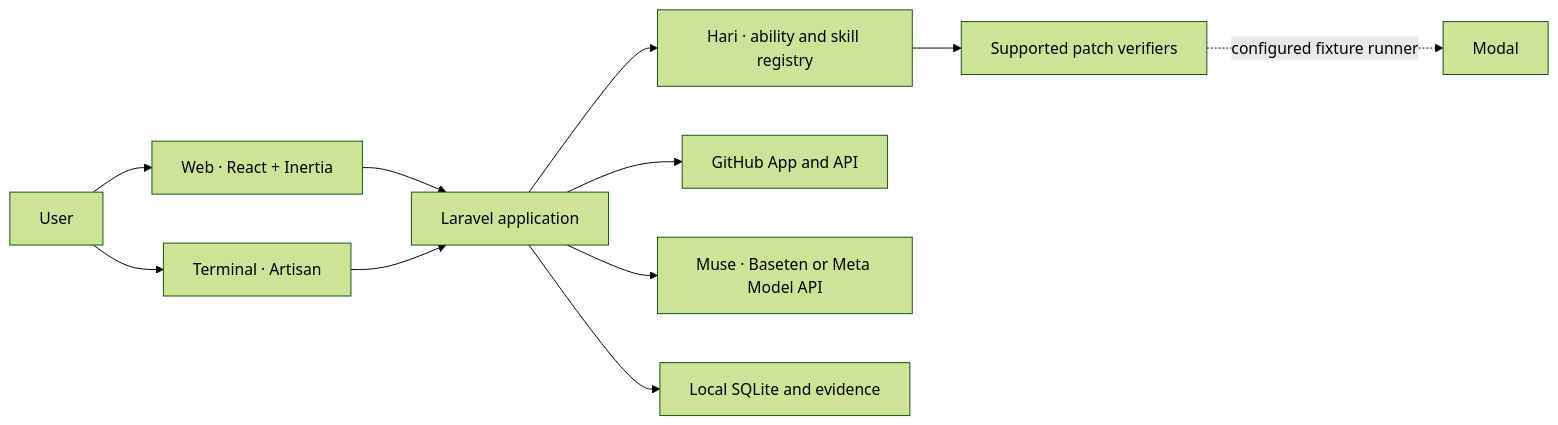
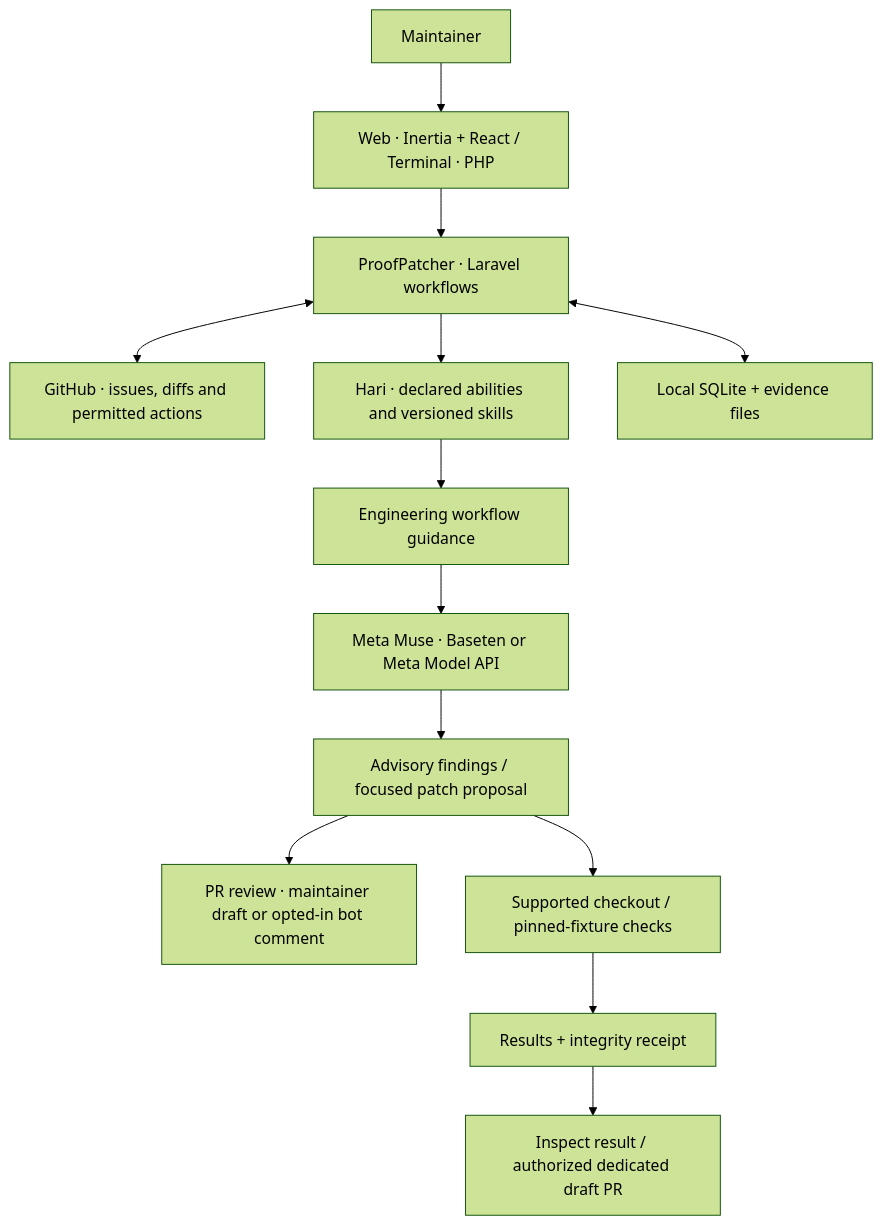
Before and after one commit to prateekbhujel/ProofPatcher: the diagram in README.md, drawn with Mermaid (forest theme). The commit also changed other lines of this file and 143 other files, not shown here.

````diff
--- a/README.md
+++ b/README.md
@@ -21,13 +36,15 @@
 ```mermaid
-flowchart LR
-    User --> Web["Web · React + Inertia"]
-    User --> CLI["Terminal · Artisan"]
-    Web --> App["Laravel application"]
-    CLI --> App
-    App --> Hari["Hari · ability and skill registry"]
-    App --> GitHub["GitHub App and API"]
-    App --> Muse["Muse · Baseten or Meta Model API"]
-    App --> Store["Local SQLite and evidence"]
-    Hari --> Verifier["Supported patch verifiers"]
-    Verifier -. "configured fixture runner" .-> Modal["Modal"]
+flowchart TB
+    Operator["Maintainer"] --> UI["Web · Inertia + React / Terminal · PHP"]
+    UI --> App["ProofPatcher · Laravel workflows"]
+    App <--> GitHub["GitHub · issues, diffs and permitted actions"]
+    App --> Hari["Hari · declared abilities and versioned skills"]
+    Hari --> Guidance["Engineering workflow guidance"]
+    Guidance --> Muse["Meta Muse · Baseten or Meta Model API"]
+    Muse --> Proposal["Advisory findings / focused patch proposal"]
+    Proposal --> Review["PR review · maintainer draft or opted-in bot comment"]
+    Proposal --> Check["Supported checkout / pinned-fixture checks"]
+    Check --> Evidence["Results + integrity receipt"]
+    App <--> Store["Local SQLite + evidence files"]
+    Evidence --> Action["Inspect result / authorized dedicated draft PR"]
 ```
````
